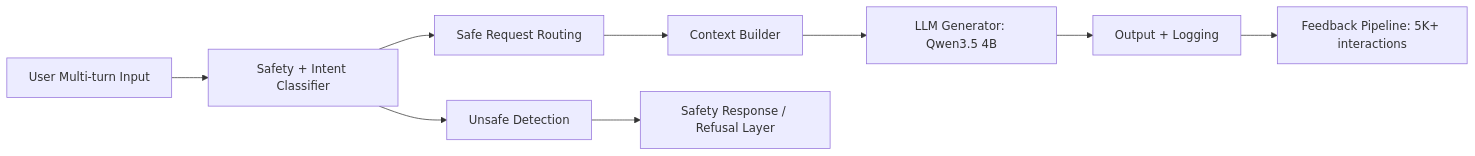
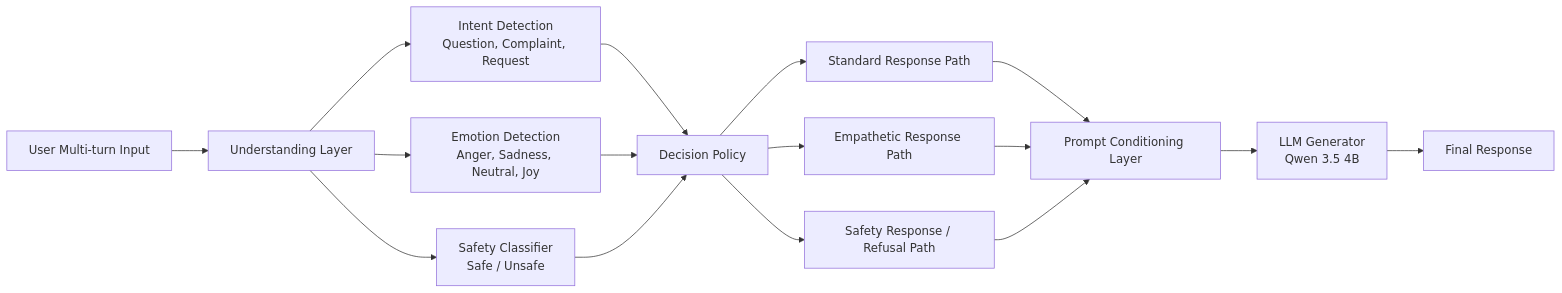
Before and after one commit to hiten016/Emotionaware-Chatbot: the diagram in README.md, drawn with Mermaid. The commit also changed other lines of this file, not shown here.

````diff
--- a/README.md
+++ b/README.md
@@ -7,18 +9,27 @@
 ```mermaid
 flowchart LR
 
-A[User Multi-turn Input] --> B[Safety + Intent Classifier]
+A[User Multi-turn Input] --> B[Understanding Layer]
 
-B --> C1[Safe Request Routing]
-B --> C2[Unsafe Detection]
+B --> C1[Intent Detection<br/>Question, Complaint, Request]
+B --> C2[Emotion Detection<br/>Anger, Sadness, Neutral, Joy]
+B --> C3[Safety Classifier<br/>Safe / Unsafe]
 
-C1 --> D[Context Builder]
+C1 --> D
+C2 --> D
+C3 --> D
 
-C2 --> E[Safety Response / Refusal Layer]
+D[Decision Policy]
 
-D --> F[LLM Generator: Qwen3.5 4B]
+D --> E1[Standard Response Path]
+D --> E2[Empathetic Response Path]
+D --> E3[Safety Response / Refusal Path]
 
-F --> G[Output + Logging]
+E1 --> F[Prompt Conditioning Layer]
+E2 --> F
+E3 --> F
 
-G --> H[Feedback Pipeline: 5K+ interactions]
+F --> G[LLM Generator<br/>Qwen 3.5 4B]
+
+G --> H[Final Response]
 ```
````
